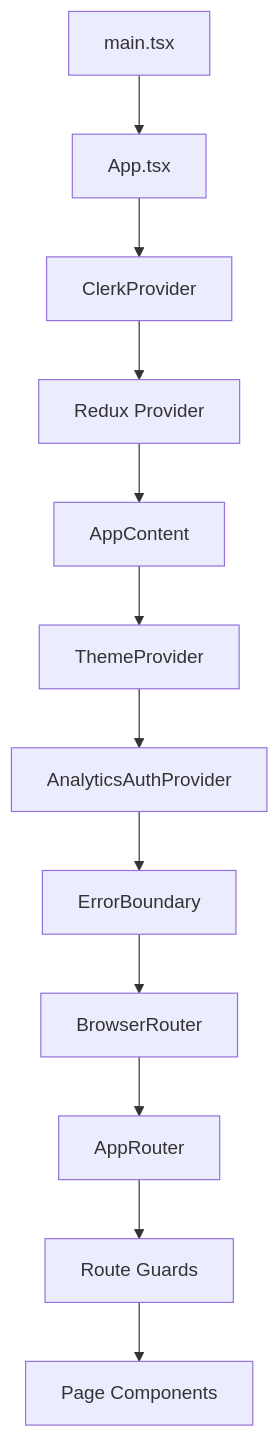
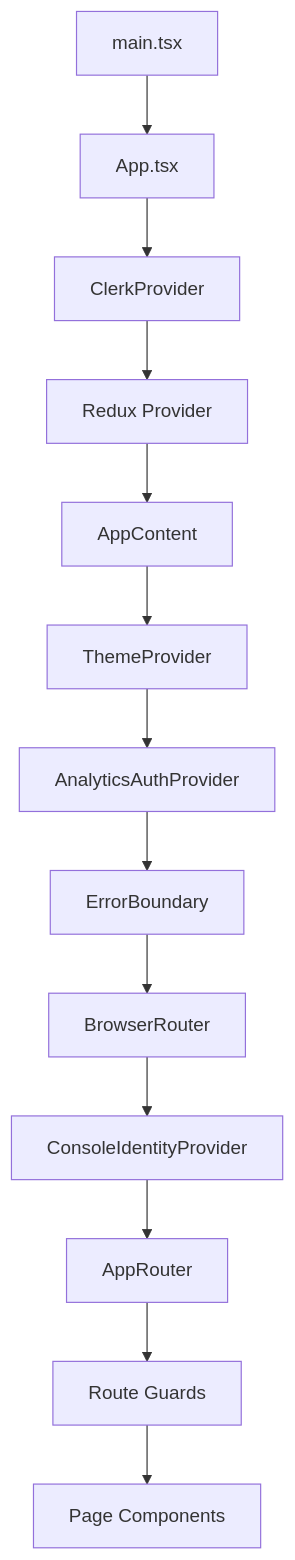
Before and after one commit to projectachilles/ProjectAchilles: the diagram in wiki/docs/developer-guide/frontend/react-patterns.md, drawn with Mermaid. The commit also changed other lines of this file and 136 other files, not shown here.

````diff
--- a/wiki/docs/developer-guide/frontend/react-patterns.md
+++ b/wiki/docs/developer-guide/frontend/react-patterns.md
@@ -59,14 +59,15 @@
 ```mermaid
 graph TD
     A[main.tsx] --> B[App.tsx]
     B --> C[ClerkProvider]
     C --> D[Redux Provider]
     D --> E[AppContent]
     E --> F[ThemeProvider]
     F --> G[AnalyticsAuthProvider]
     G --> H[ErrorBoundary]
     H --> I[BrowserRouter]
-    I --> J[AppRouter]
+    I --> CI[ConsoleIdentityProvider]
+    CI --> J[AppRouter]
     J --> K[Route Guards]
     K --> L[Page Components]
 ```
````
